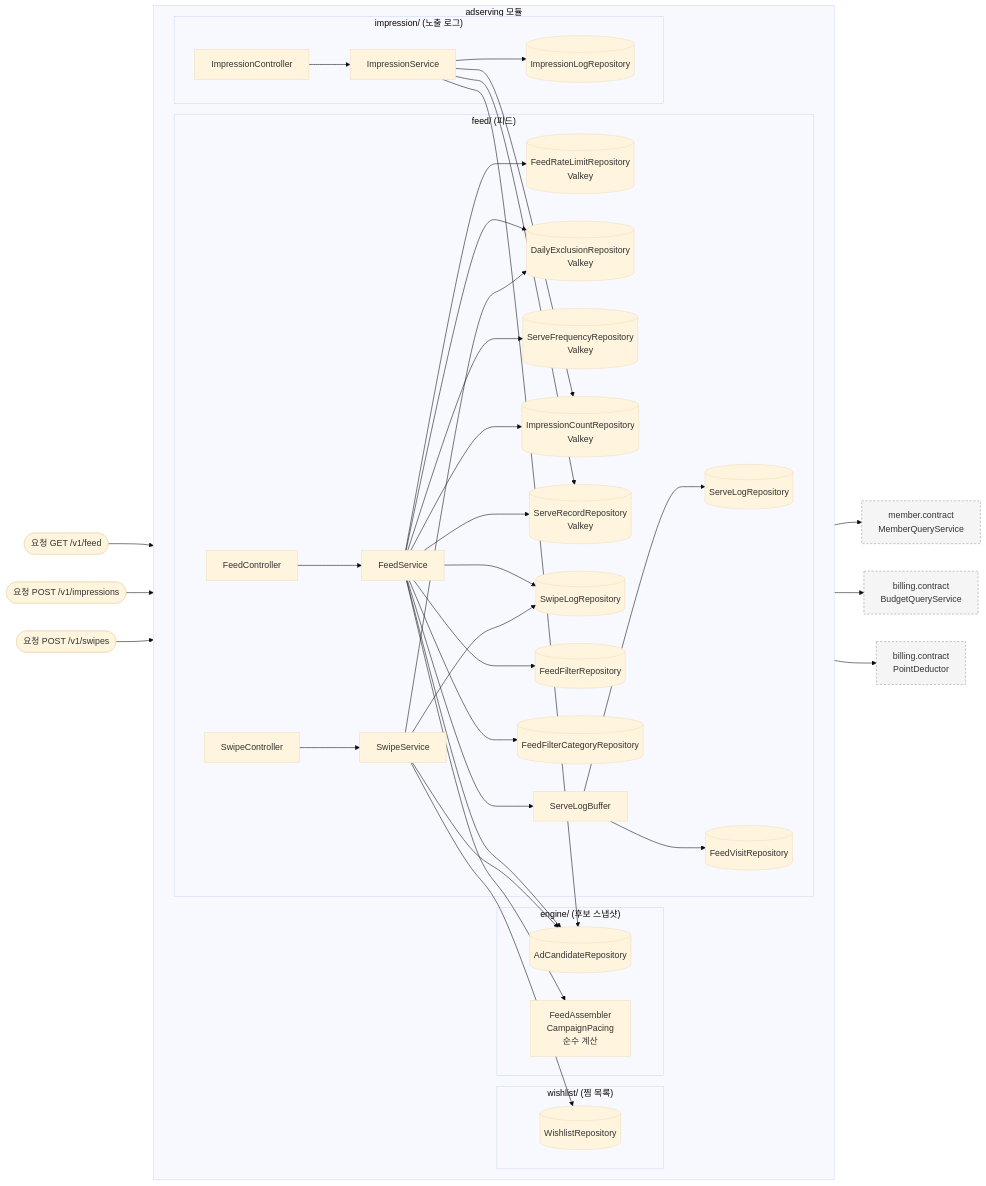
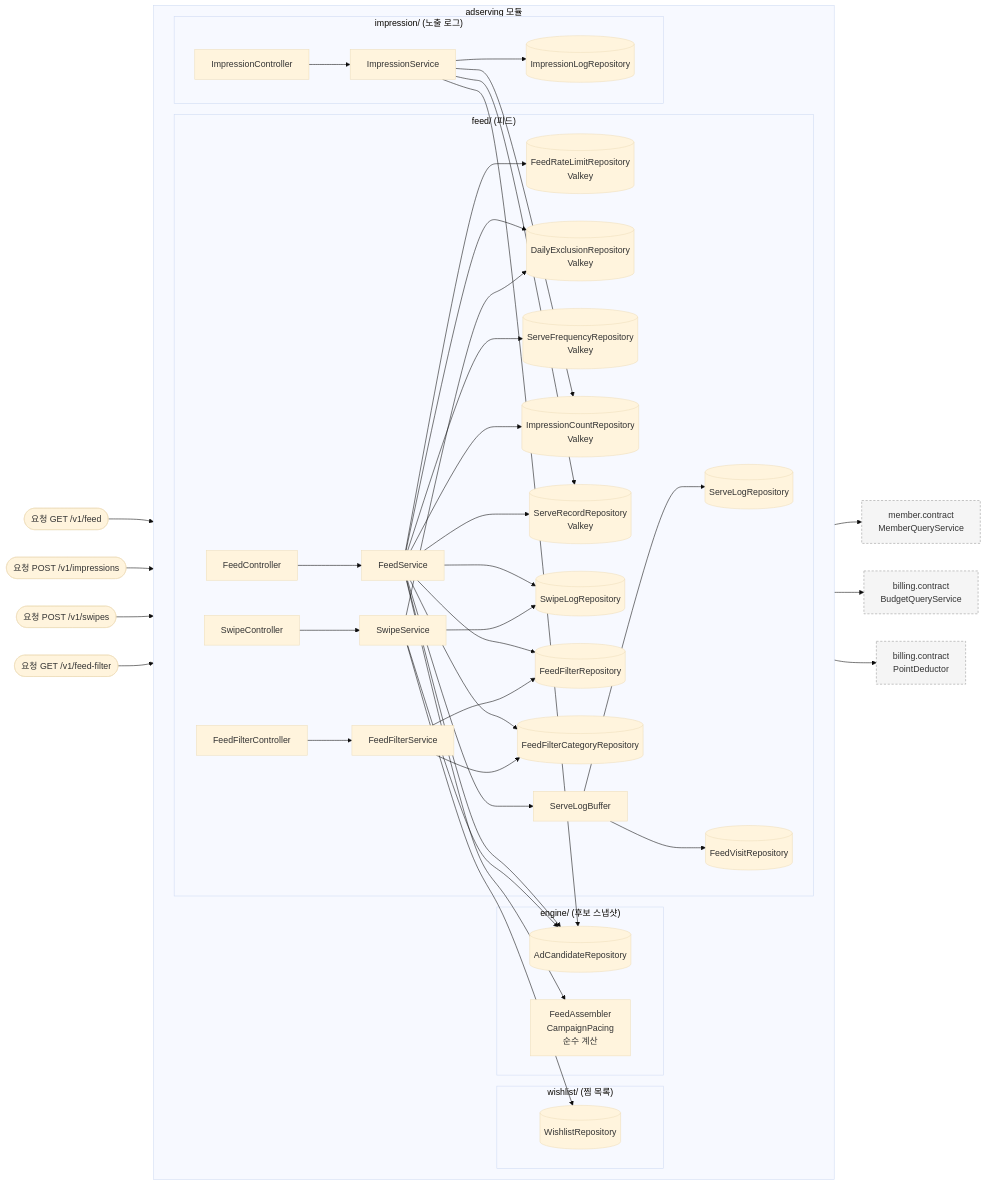
The first of 4 diagrams in docs/design/adserving/adserving_구조와_동작_설계.md (lunch-catch/lc-backend), drawn with Mermaid (base theme) before and after one commit. The commit also changed other lines of this file and 9 other files, not shown here.

````diff
--- a/docs/design/adserving/adserving_구조와_동작_설계.md
+++ b/docs/design/adserving/adserving_구조와_동작_설계.md
@@ -190,57 +195,61 @@
 ```mermaid
 flowchart LR
     REQ([요청 GET /v1/feed]) --> FC
     REQ2([요청 POST /v1/impressions]) --> IMC
     REQ3([요청 POST /v1/swipes]) --> SWC
+    REQ4([요청 GET /v1/feed-filter]) --> FFCT
 
     subgraph adserving["adserving 모듈"]
         direction LR
 
         subgraph feed["feed/ (피드)"]
             FC[FeedController] --> FS[FeedService]
             FS --> RL[("FeedRateLimitRepository<br/>Valkey")]
             FS --> DE[("DailyExclusionRepository<br/>Valkey")]
             FS --> SF[("ServeFrequencyRepository<br/>Valkey")]
             FS --> IC[("ImpressionCountRepository<br/>Valkey")]
             FS --> SR[("ServeRecordRepository<br/>Valkey")]
             FS --> SW[(SwipeLogRepository)]
             FS --> FF[(FeedFilterRepository)]
             FS --> FFC[(FeedFilterCategoryRepository)]
+            FFCT[FeedFilterController] --> FFS[FeedFilterService]
+            FFS --> FF
+            FFS --> FFC
             SWC[SwipeController] --> SWS[SwipeService]
             SWS --> SW
             SWS --> DE
             FS --> SB[ServeLogBuffer]
             SB --> SL[(ServeLogRepository)]
             SB --> FV[(FeedVisitRepository)]
         end
 
         subgraph engine["engine/ (후보 스냅샷)"]
             AR[(AdCandidateRepository)]
             FA["FeedAssembler<br/>CampaignPacing<br/>순수 계산"]
         end
 
         subgraph wishlist["wishlist/ (찜 목록)"]
             WR[(WishlistRepository)]
         end
 
         subgraph impression["impression/ (노출 로그)"]
             IMC[ImpressionController] --> IMS[ImpressionService]
             IMS --> IML[(ImpressionLogRepository)]
         end
 
         FS --> AR
         FS --> FA
         IMS --> SR
         IMS --> IC
         IMS --> AR
         SWS --> WR
         SWS --> AR
     end
 
     FS --> MQ["member.contract<br/>MemberQueryService"]
     FS --> BQ["billing.contract<br/>BudgetQueryService"]
     IMS --> PD["billing.contract<br/>PointDeductor"]
 
     classDef out fill:#f5f5f5,stroke:#999,stroke-dasharray:4 3
     class MQ,BQ,PD out
 ```
````
